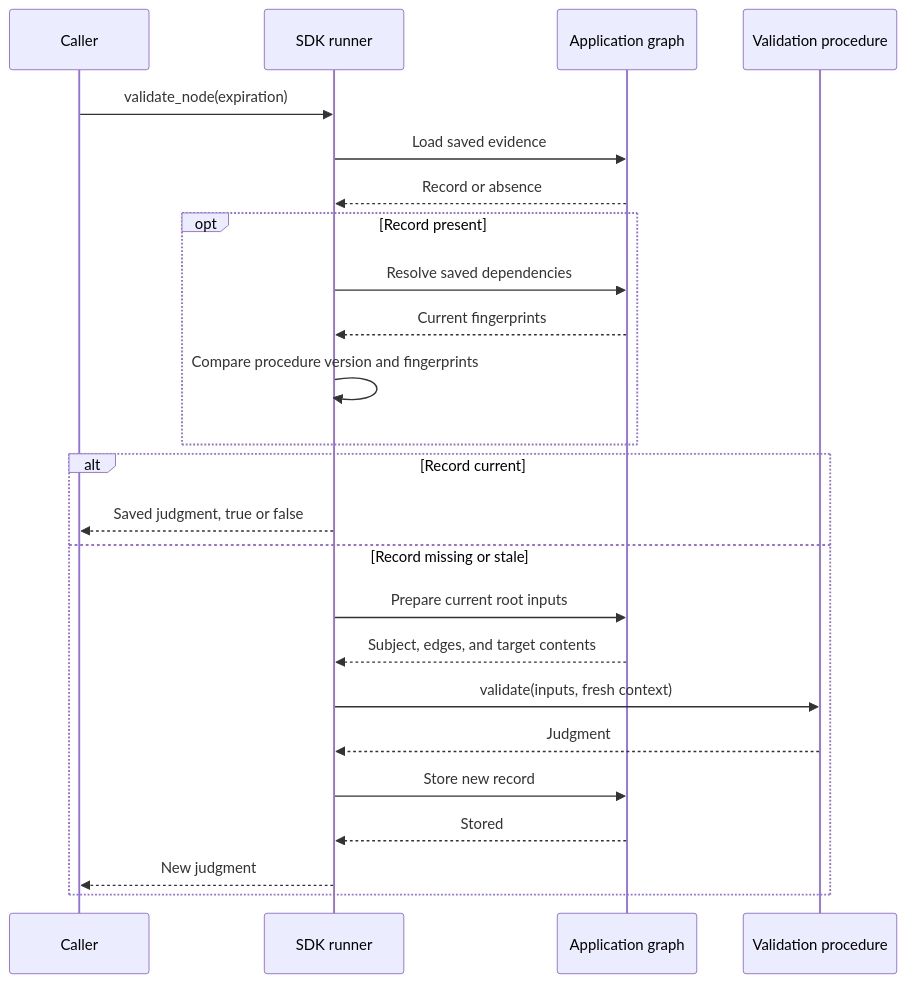
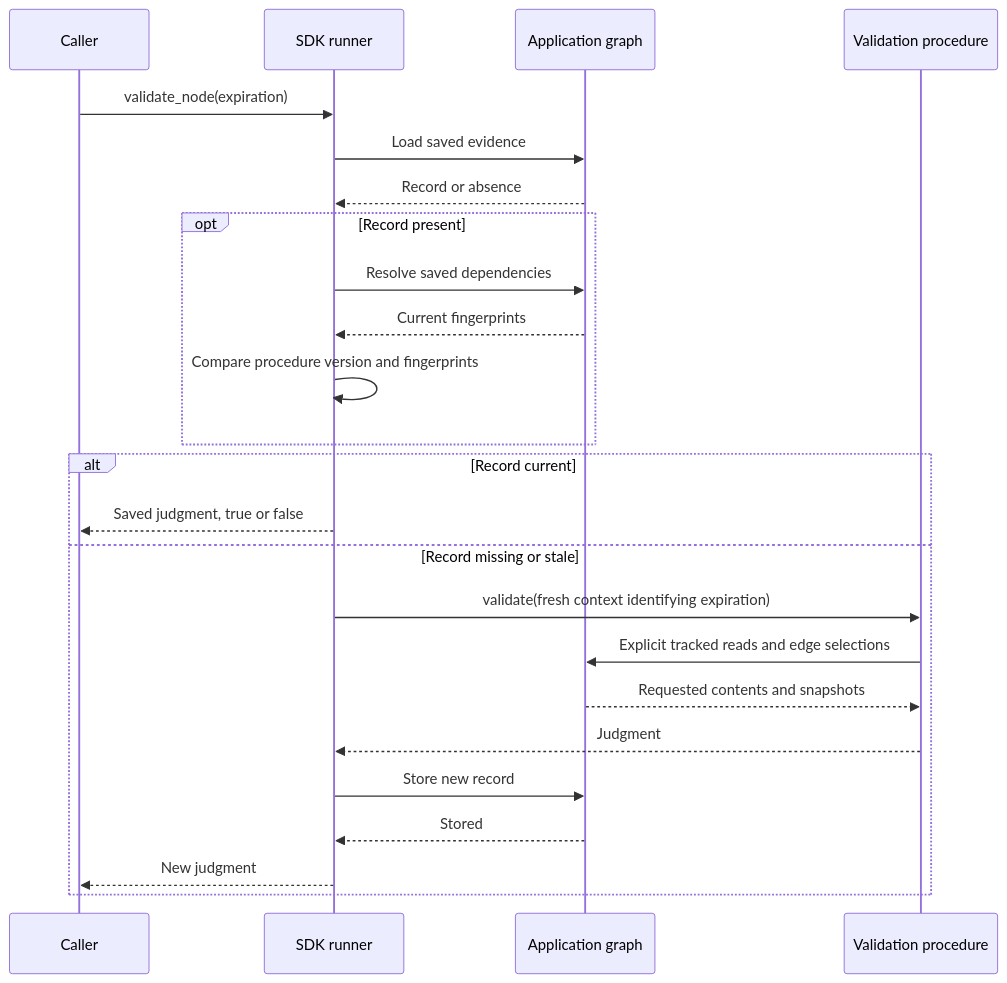
One commit to nikomatsakis/habeas-codicem changed the second of 2 diagrams in md/requirements/sdk/graph/validation.md. Above: the diagram before and after it, drawn with Mermaid. The commit also changed other lines of this file and 11 other files, not shown here.

First line of the commit message:
Specify explicit SDK inputs and Habeas evidence compatibility

````diff
--- a/md/requirements/sdk/graph/validation.md
+++ b/md/requirements/sdk/graph/validation.md
@@ -239,26 +241,26 @@
 ```mermaid
 sequenceDiagram
     participant C as Caller
     participant R as SDK runner
     participant G as Application graph
     participant P as Validation procedure
     C->>R: validate_node(expiration)
     R->>G: Load saved evidence
     G-->>R: Record or absence
     opt Record present
         R->>G: Resolve saved dependencies
         G-->>R: Current fingerprints
         R->>R: Compare procedure version and fingerprints
     end
     alt Record current
         R-->>C: Saved judgment, true or false
     else Record missing or stale
-        R->>G: Prepare current root inputs
-        G-->>R: Subject, edges, and target contents
-        R->>P: validate(inputs, fresh context)
+        R->>P: validate(fresh context identifying expiration)
+        P->>G: Explicit tracked reads and edge selections
+        G-->>P: Requested contents and snapshots
         P-->>R: Judgment
         R->>G: Store new record
         G-->>R: Stored
         R-->>C: New judgment
     end
 ```
````
